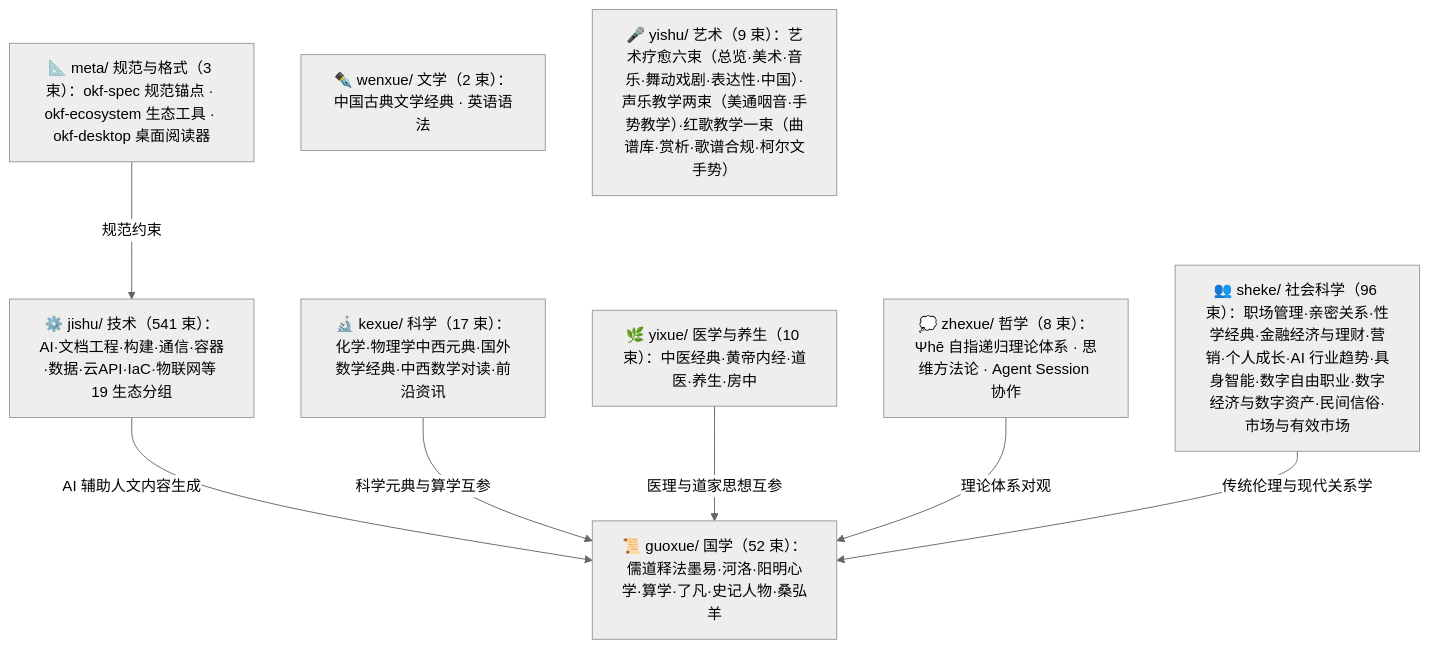
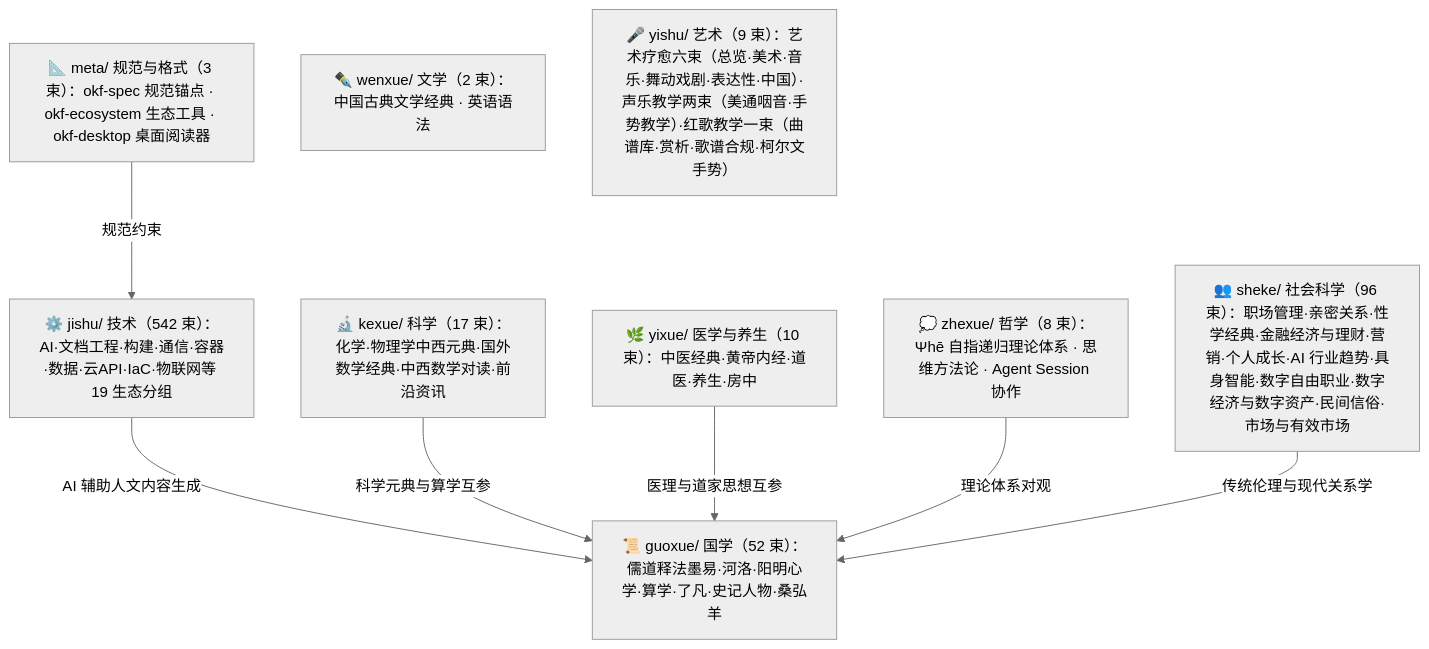
The diagram in doc/bundles/index.md (awesome-flexloop/awesome-okf), drawn with Mermaid (neutral theme) before and after one commit. The commit also changed other lines of this file and 30 other files, not shown here.

````diff
--- a/doc/bundles/index.md
+++ b/doc/bundles/index.md
@@ -21,18 +21,18 @@
 ```mermaid
 flowchart TD
     meta["📐 meta/ 规范与格式（3 束）：okf-spec 规范锚点 · okf-ecosystem 生态工具 · okf-desktop 桌面阅读器"]
     guoxue["📜 guoxue/ 国学（52 束）：儒道释法墨易·河洛·阳明心学·算学·了凡·史记人物·桑弘羊"]
     zhexue["💭 zhexue/ 哲学（8 束）：Ψhē 自指递归理论体系 · 思维方法论 · Agent Session 协作"]
     kexue["🔬 kexue/ 科学（17 束）：化学·物理学中西元典·国外数学经典·中西数学对读·前沿资讯"]
     wenxue["✒️ wenxue/ 文学（2 束）：中国古典文学经典 · 英语语法"]
     yixue["🌿 yixue/ 医学与养生（10 束）：中医经典·黄帝内经·道医·养生·房中"]
     sheke["👥 sheke/ 社会科学（96 束）：职场管理·亲密关系·性学经典·金融经济与理财·营销·个人成长·AI 行业趋势·具身智能·数字自由职业·数字经济与数字资产·民间信俗·市场与有效市场"]
     yishu["🎤 yishu/ 艺术（9 束）：艺术疗愈六束（总览·美术·音乐·舞动戏剧·表达性·中国）·声乐教学两束（美通咽音·手势教学）·红歌教学一束（曲谱库·赏析·歌谱合规·柯尔文手势）"]
-    jishu["⚙️ jishu/ 技术（541 束）：AI·文档工程·构建·通信·容器·数据·云API·IaC·物联网等 19 生态分组"]
+    jishu["⚙️ jishu/ 技术（542 束）：AI·文档工程·构建·通信·容器·数据·云API·IaC·物联网等 19 生态分组"]
     meta -->|"规范约束"| jishu
     jishu -->|"AI 辅助人文内容生成"| guoxue
     kexue -->|"科学元典与算学互参"| guoxue
     yixue -->|"医理与道家思想互参"| guoxue
     zhexue -->|"理论体系对观"| guoxue
     sheke -->|"传统伦理与现代关系学"| guoxue
 ```
````
